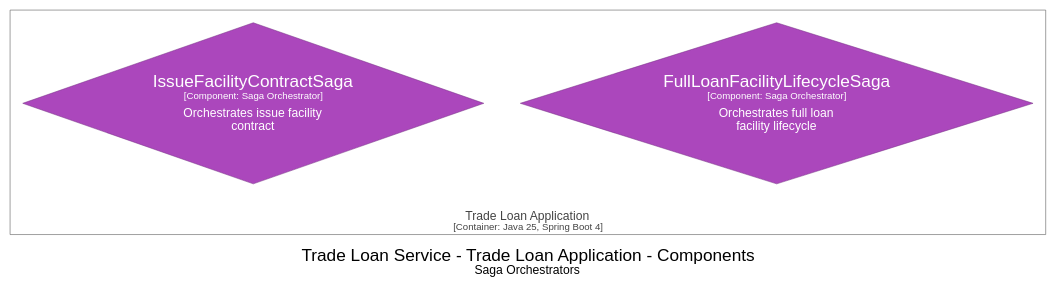
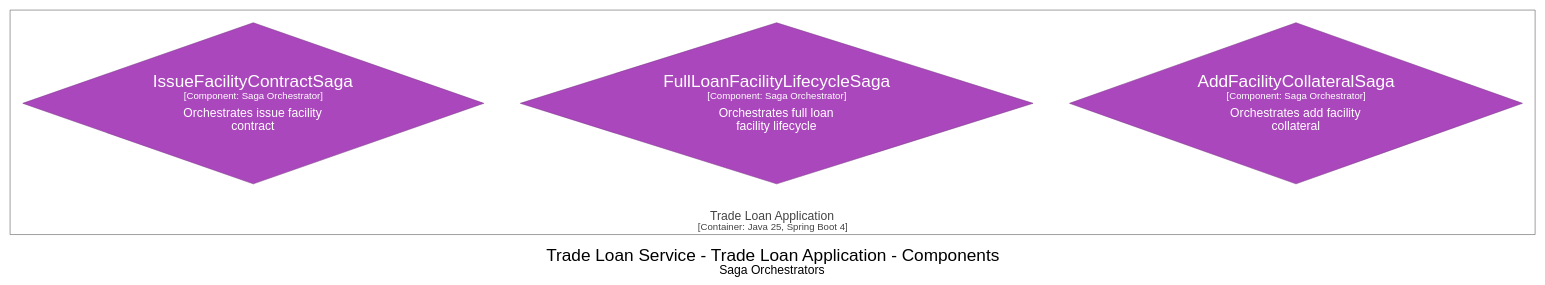
One commit to ghazalehjozani/nova changed the diagram in documents/c4/dot/Sagas.dot. Above: the diagram before and after it, drawn with Graphviz. The commit also changed 129 other files, not shown here.

```diff
--- a/documents/c4/dot/Sagas.dot
+++ b/documents/c4/dot/Sagas.dot
@@ -1,20 +1,21 @@
 digraph {
   compound=true
   graph [fontname="Arial", rankdir=TB, ranksep=1.0, nodesep=1.0]
   node [fontname="Arial", shape=box, margin="0.4,0.3"]
   edge [fontname="Arial"]
   label=<<br /><font point-size="34">Trade Loan Service - Trade Loan Application - Components</font><br /><font point-size="24">Saga Orchestrators</font>>
 
   subgraph cluster_11 {
     margin=25
     label=<<font point-size="24"><br />Trade Loan Application</font><br /><font point-size="19">[Container: Java 25, Spring Boot 4]</font>>
     labelloc=b
     color="#444444"
     fontcolor="#444444"
     fillcolor="#444444"
 
-    108 [id=108,shape=diamond, label=<<font point-size="34">FullLoanFacilityLifecycleSaga</font><br /><font point-size="19">[Component: Saga Orchestrator]</font><br /><br /><font point-size="24">Orchestrates full loan<br />facility lifecycle</font>>, style=filled, color="#773183", fillcolor="#ab47bc", fontcolor="#ffffff"]
-    109 [id=109,shape=diamond, label=<<font point-size="34">IssueFacilityContractSaga</font><br /><font point-size="19">[Component: Saga Orchestrator]</font><br /><br /><font point-size="24">Orchestrates issue facility<br />contract</font>>, style=filled, color="#773183", fillcolor="#ab47bc", fontcolor="#ffffff"]
+    110 [id=110,shape=diamond, label=<<font point-size="34">AddFacilityCollateralSaga</font><br /><font point-size="19">[Component: Saga Orchestrator]</font><br /><br /><font point-size="24">Orchestrates add facility<br />collateral</font>>, style=filled, color="#773183", fillcolor="#ab47bc", fontcolor="#ffffff"]
+    111 [id=111,shape=diamond, label=<<font point-size="34">FullLoanFacilityLifecycleSaga</font><br /><font point-size="19">[Component: Saga Orchestrator]</font><br /><br /><font point-size="24">Orchestrates full loan<br />facility lifecycle</font>>, style=filled, color="#773183", fillcolor="#ab47bc", fontcolor="#ffffff"]
+    112 [id=112,shape=diamond, label=<<font point-size="34">IssueFacilityContractSaga</font><br /><font point-size="19">[Component: Saga Orchestrator]</font><br /><br /><font point-size="24">Orchestrates issue facility<br />contract</font>>, style=filled, color="#773183", fillcolor="#ab47bc", fontcolor="#ffffff"]
   }
 
 }
```
